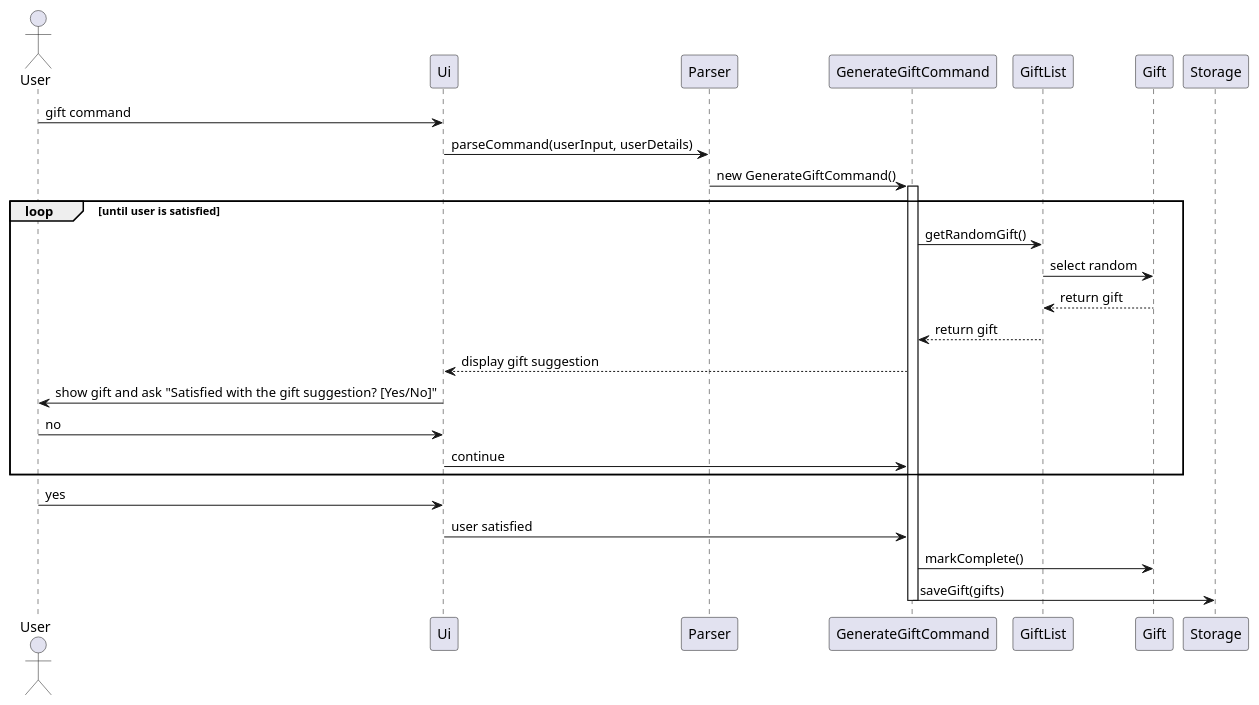
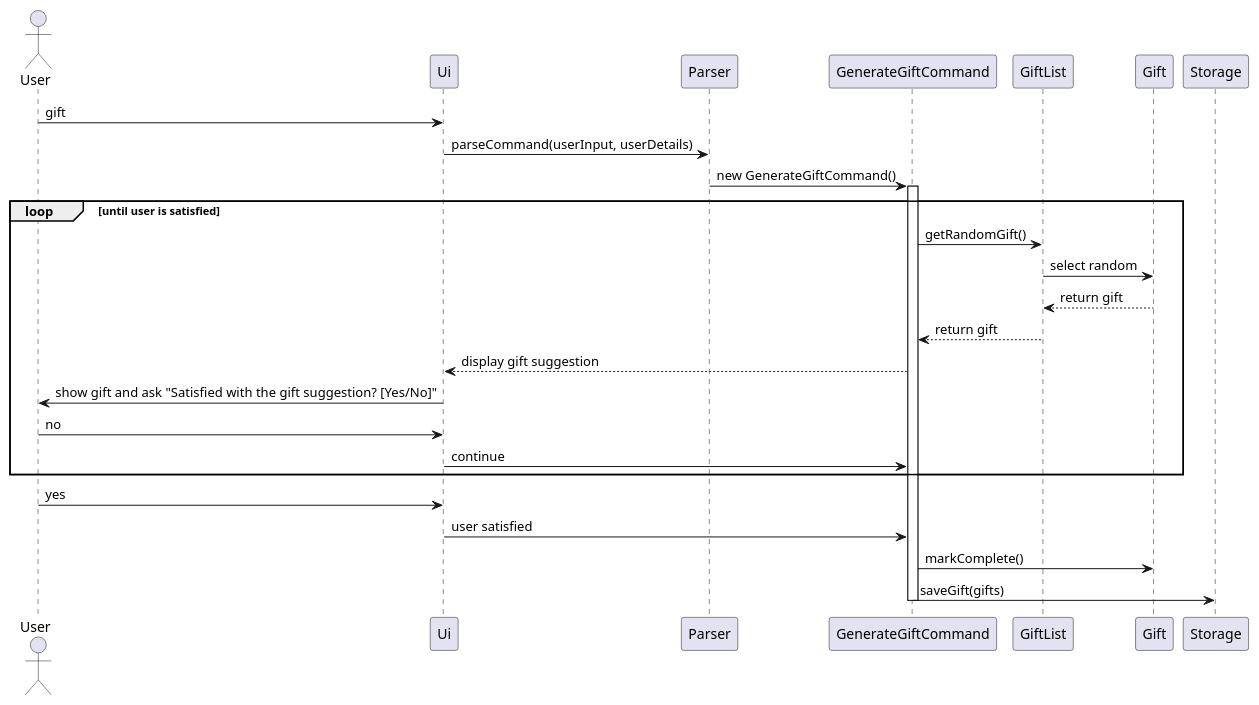
One commit to RyanTDL/tp changed the diagram in docs/diagrams/GiftSequenceDiagram.puml. Above: the diagram before and after it, drawn with PlantUML. The commit also changed 4 other files, not shown here.

```diff
--- a/docs/diagrams/GiftSequenceDiagram.puml
+++ b/docs/diagrams/GiftSequenceDiagram.puml
@@ -1,33 +1,33 @@
 @startuml
 'https://plantuml.com/sequence-diagram
 
 actor User
 participant "Ui" as UI
 participant "Parser" as P
 participant "GenerateGiftCommand" as GGC
 participant "GiftList" as GL
 participant "Gift" as G
 participant "Storage" as S
 
-User -> UI : gift command
+User -> UI : gift
 UI -> P : parseCommand(userInput, userDetails)
 P -> GGC : new GenerateGiftCommand()
 activate GGC
 
 loop until user is satisfied
 GGC -> GL : getRandomGift()
 GL -> G : select random
 G --> GL : return gift
 GL --> GGC : return gift
 GGC --> UI : display gift suggestion
 UI -> User : show gift and ask "Satisfied with the gift suggestion? [Yes/No]"
 User -> UI : no
 UI -> GGC : continue
 end
 
 User -> UI : yes
 UI -> GGC : user satisfied
 GGC -> G : markComplete()
 GGC -> S : saveGift(gifts)
 deactivate GGC
 @enduml
```
